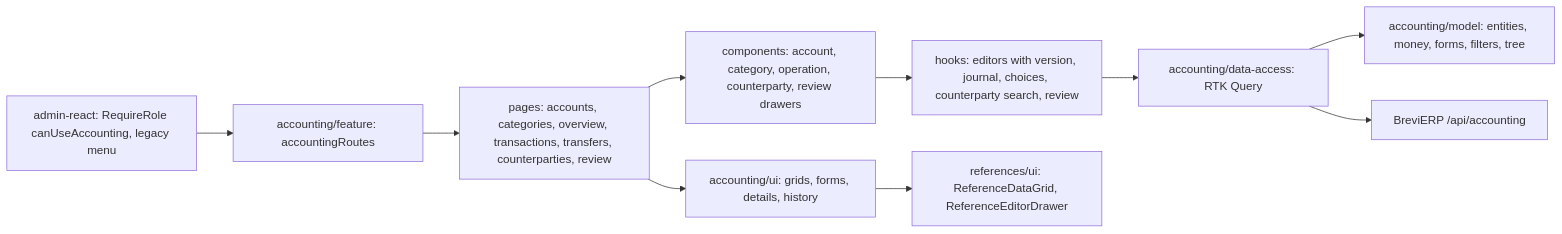
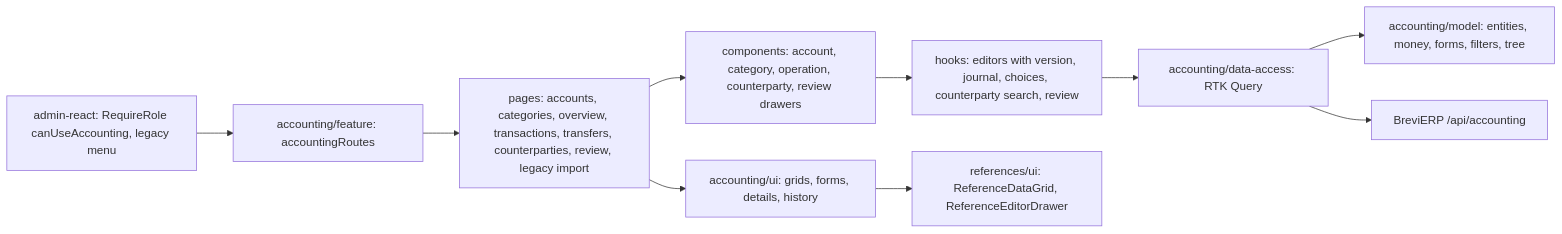
One commit to Weretik/brevi-web changed the diagram in docs/features/admin/accounting.md. Above: the diagram before and after it, drawn with Mermaid. The commit also changed other lines of this file and 21 other files, not shown here.

````diff
--- a/docs/features/admin/accounting.md
+++ b/docs/features/admin/accounting.md
@@ -43,12 +45,12 @@
 ```mermaid
 flowchart LR
   App["admin-react: RequireRole canUseAccounting, legacy menu"] --> Routes["accounting/feature: accountingRoutes"]
-  Routes --> Pages["pages: accounts, categories, overview, transactions, transfers, counterparties, review"]
+  Routes --> Pages["pages: accounts, categories, overview, transactions, transfers, counterparties, review, legacy import"]
   Pages --> Drawers["components: account, category, operation, counterparty, review drawers"]
   Drawers --> Hooks["hooks: editors with version, journal, choices, counterparty search, review"]
   Pages --> UI["accounting/ui: grids, forms, details, history"]
   UI --> RefUI["references/ui: ReferenceDataGrid, ReferenceEditorDrawer"]
   Hooks --> DataAccess["accounting/data-access: RTK Query"]
   DataAccess --> Model["accounting/model: entities, money, forms, filters, tree"]
   DataAccess --> API["BreviERP /api/accounting"]
 ```
````
